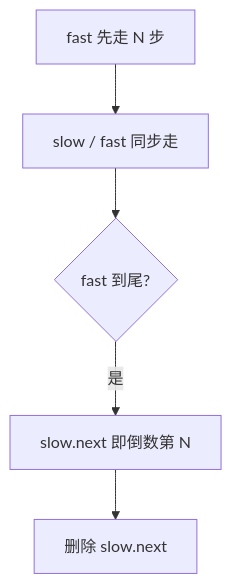
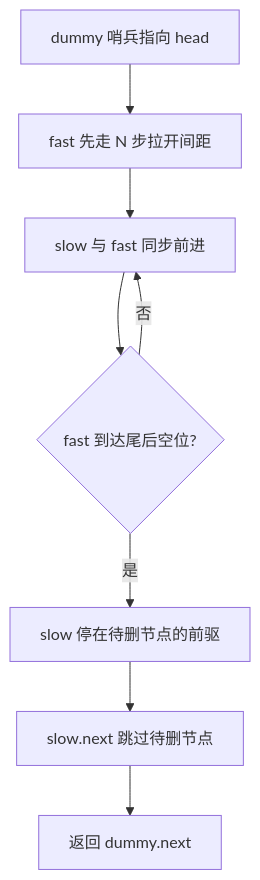
One commit to OctalZero/hot100-py changed the first of 2 diagrams in 08-链表/0019-删除链表的倒数第_N_个结点.md. Above: the diagram before and after it, drawn with Mermaid. The commit also changed other lines of this file and 117 other files, not shown here.

First line of the commit message:
feat: 全题解配图升级为「动画式 mermaid」（总览骨架 + 横向时间线逐步推演）

````diff
--- a/08-链表/0019-删除链表的倒数第_N_个结点.md
+++ b/08-链表/0019-删除链表的倒数第_N_个结点.md
@@ -20,7 +20,10 @@
 ```mermaid
 flowchart TD
-    A["fast 先走 N 步"] --> B["slow / fast 同步走"]
-    B --> C{"fast 到尾?"}
-    C -- "是" --> D["slow.next 即倒数第 N"]
-    D --> E["删除 slow.next"]
+    A["dummy 哨兵指向 head"] --> B["fast 先走 N 步拉开间距"]
+    B --> C["slow 与 fast 同步前进"]
+    C --> D{"fast 到达尾后空位?"}
+    D -->|"否"| C
+    D -->|"是"| E["slow 停在待删节点的前驱"]
+    E --> F["slow.next 跳过待删节点"]
+    F --> G["返回 dummy.next"]
 ```
````
